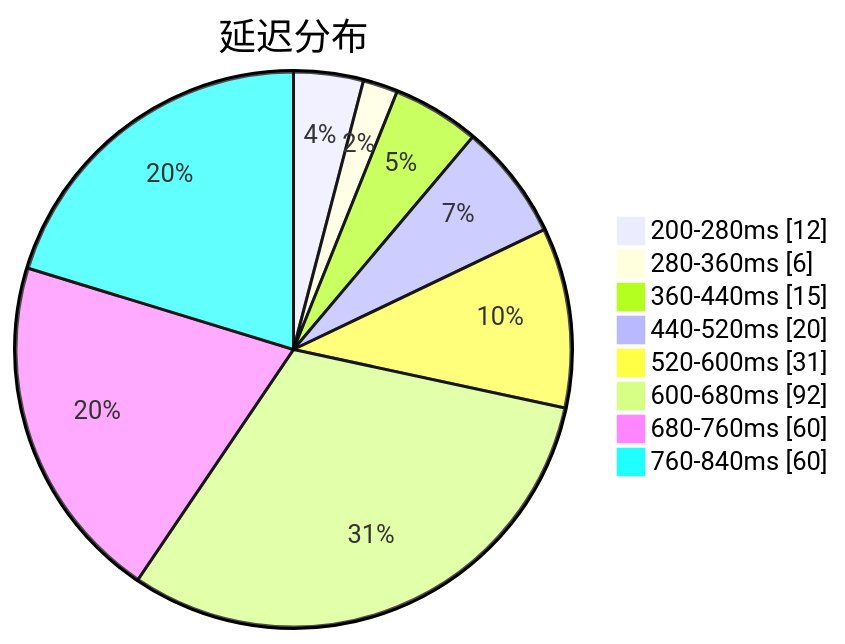
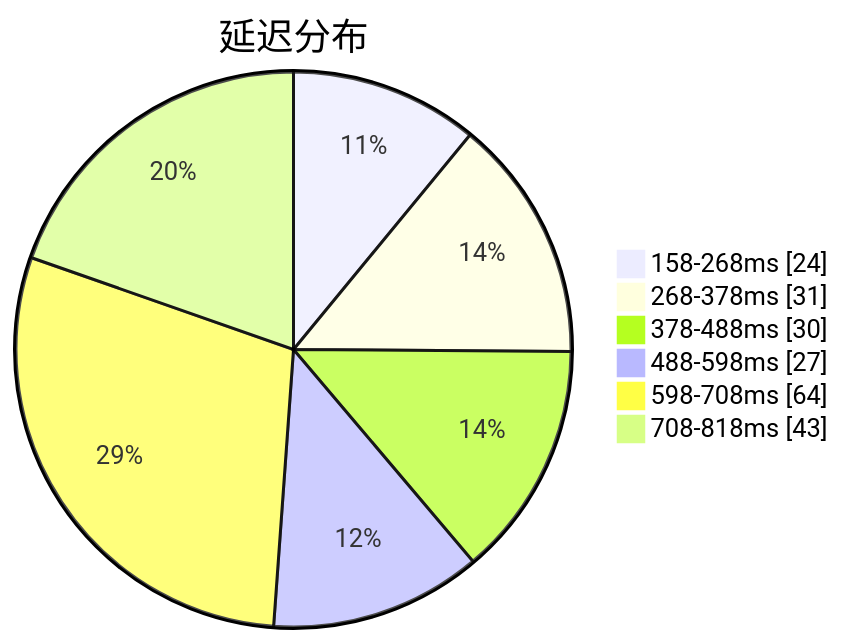
Before and after one commit to qjlxg/airport: the first of 3 diagrams in subs/statistics/tested_within.md, drawn with Mermaid. The commit also changed other lines of this file and 2 other files, not shown here.

Commit message:
Tested by metaST

````diff
--- a/subs/statistics/tested_within.md
+++ b/subs/statistics/tested_within.md
@@ -2,12 +2,10 @@
 ```mermaid
 pie showData
 title 延迟分布
-"200-280ms" : 12
-"280-360ms" : 6
-"360-440ms" : 15
-"440-520ms" : 20
-"520-600ms" : 31
-"600-680ms" : 92
-"680-760ms" : 60
-"760-840ms" : 60
+"158-268ms" : 24
+"268-378ms" : 31
+"378-488ms" : 30
+"488-598ms" : 27
+"598-708ms" : 64
+"708-818ms" : 43
 ```
````
